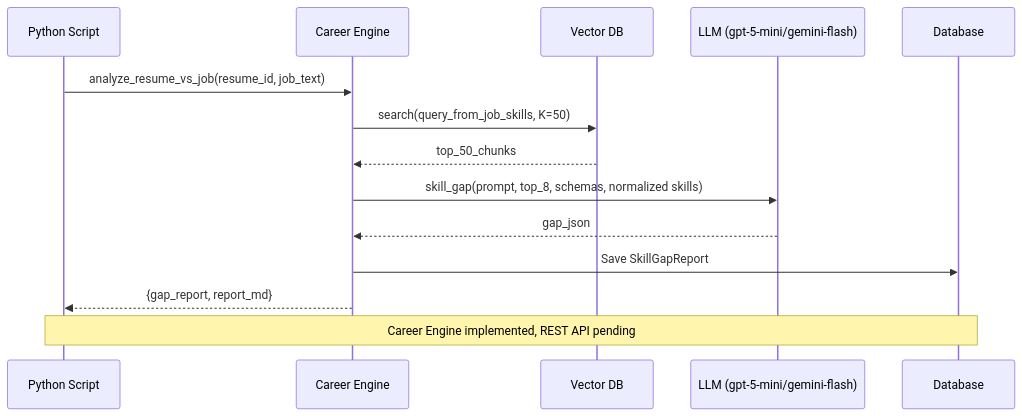
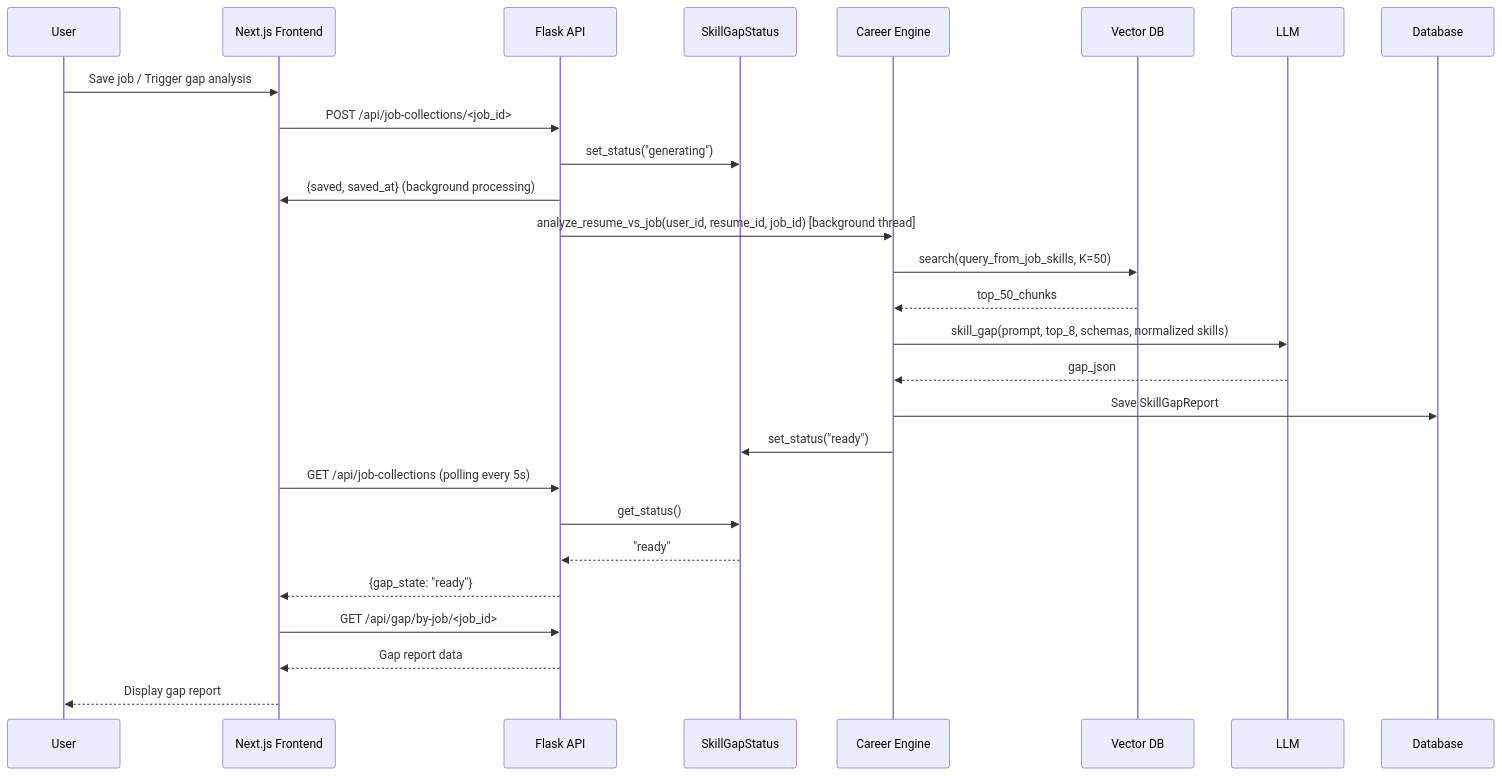
The sixth of 8 diagrams in docs/WORKFLOW.md (poyao0705/jobmate-backend), drawn with Mermaid before and after one commit. The commit also changed other lines of this file and 12 other files, not shown here.

````diff
--- a/docs/WORKFLOW.md
+++ b/docs/WORKFLOW.md
@@ -276,18 +292,30 @@
 ```mermaid
 sequenceDiagram
-  participant Script as Python Script
+  participant User
+  participant Frontend as Next.js Frontend
+  participant API as Flask API
+  participant Status as SkillGapStatus
   participant CE as Career Engine
   participant VEC as Vector DB
-  participant LLM as LLM (gpt‑5‑mini/gemini‑flash)
+  participant LLM as LLM
   participant DB as Database
 
-  Script->>CE: analyze_resume_vs_job(resume_id, job_text)
+  User->>Frontend: Save job / Trigger gap analysis
+  Frontend->>API: POST /api/job-collections/<job_id>
+  API->>Status: set_status("generating")
+  API->>Frontend: {saved, saved_at} (background processing)
+  API->>CE: analyze_resume_vs_job(user_id, resume_id, job_id) [background thread]
   CE->>VEC: search(query_from_job_skills, K=50)
   VEC-->>CE: top_50_chunks
   CE->>LLM: skill_gap(prompt, top_8, schemas, normalized skills)
   LLM-->>CE: gap_json
   CE->>DB: Save SkillGapReport
-  CE-->>Script: {gap_report, report_md}
-  
-  Note over Script,DB: Career Engine implemented, REST API pending
+  CE->>Status: set_status("ready")
+  Frontend->>API: GET /api/job-collections (polling every 5s)
+  API->>Status: get_status()
+  Status-->>API: "ready"
+  API-->>Frontend: {gap_state: "ready"}
+  Frontend->>API: GET /api/gap/by-job/<job_id>
+  API-->>Frontend: Gap report data
+  Frontend-->>User: Display gap report
 ```
````
